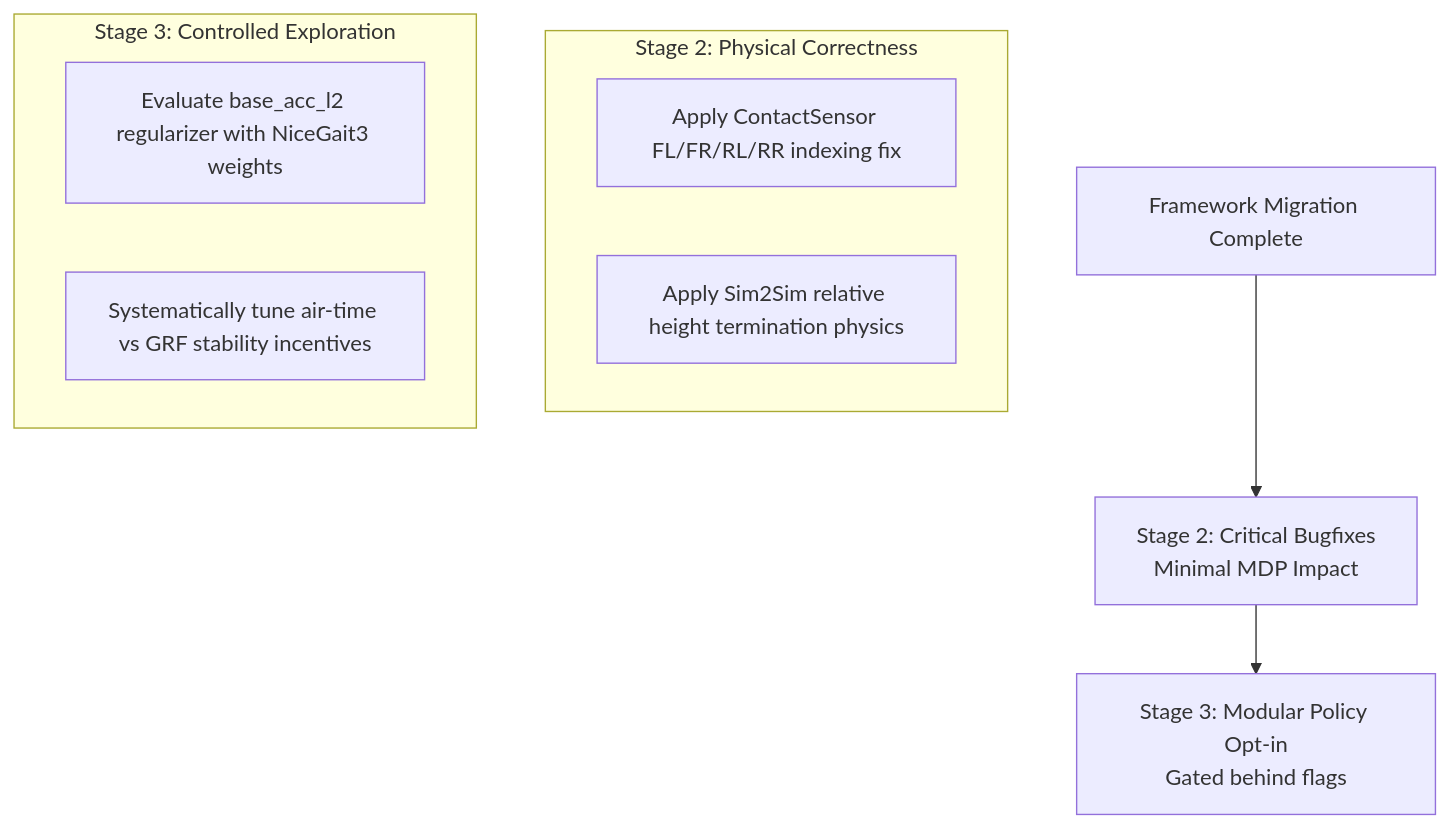
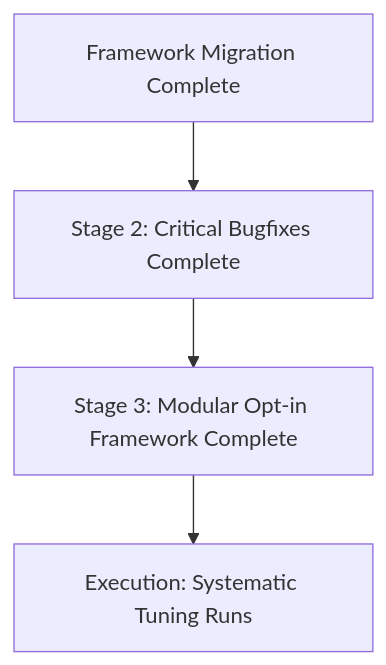
The diagram in post_nicegait3_analysis.md (FelipeLenschow/Quadruped), drawn with Mermaid before and after one commit. The commit also changed other lines of this file and 4 other files, not shown here.

Commit message:
Integrate low-speed stall and virtual leash penalties, fix sim2sim contact sensor indexing, and update analysis roadmap

````diff
--- a/post_nicegait3_analysis.md
+++ b/post_nicegait3_analysis.md
@@ -64,15 +59,6 @@
 ```mermaid
 graph TD
-    A[Framework Migration Complete] --> C[Stage 2: Critical Bugfixes<br/>Minimal MDP Impact]
-    C --> D[Stage 3: Modular Policy Opt-in<br/>Gated behind flags]
-    
-    subgraph Stage 2 [Stage 2: Physical Correctness]
-        C1[Apply ContactSensor FL/FR/RL/RR indexing fix]
-        C2[Apply Sim2Sim relative height termination physics]
-    end
-    
-    subgraph Stage 3 [Stage 3: Controlled Exploration]
-        D1[Evaluate base_acc_l2 regularizer with NiceGait3 weights]
-        D2[Systematically tune air-time vs GRF stability incentives]
-    end
+    A[Framework Migration Complete] --> C[Stage 2: Critical Bugfixes Complete]
+    C --> D[Stage 3: Modular Opt-in Framework Complete]
+    D --> E[Execution: Systematic Tuning Runs]
 ```
````
